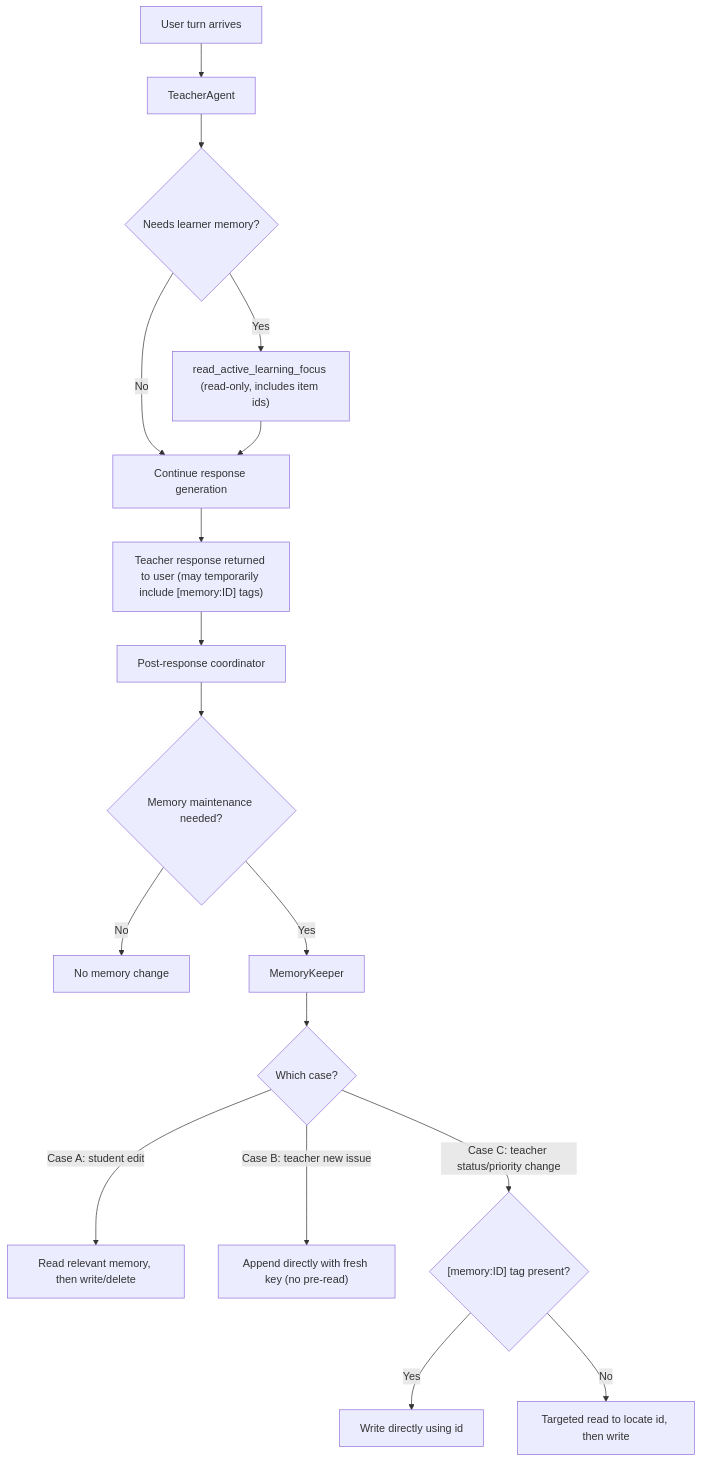
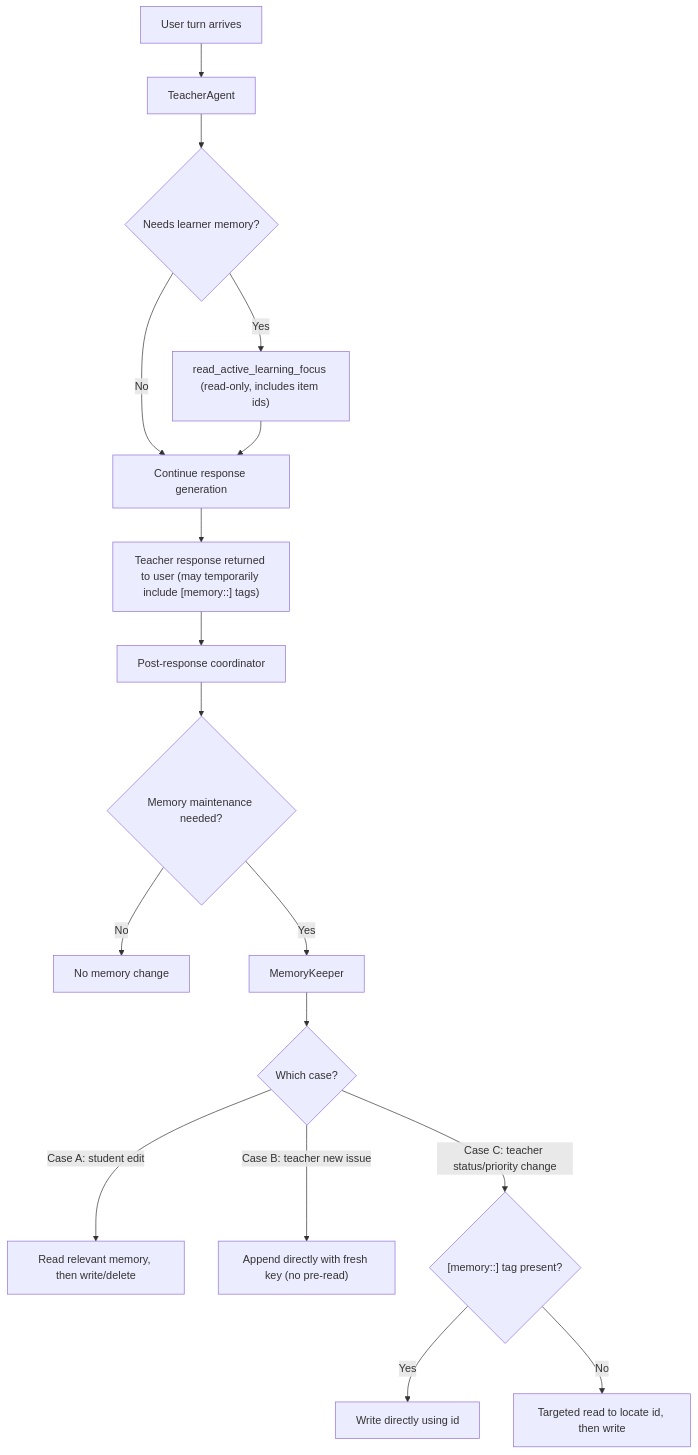
One commit to 40min/runestone changed the second of 4 diagrams in docs/agent-swarm-architecture.md. Above: the diagram before and after it, drawn with Mermaid. The commit also changed other lines of this file and 7 other files, not shown here.

````diff
--- a/docs/agent-swarm-architecture.md
+++ b/docs/agent-swarm-architecture.md
@@ -198,19 +198,19 @@
 ```mermaid
 flowchart TD
     A["User turn arrives"] --> B["TeacherAgent"]
     B --> C{"Needs learner memory?"}
     C -- No --> D["Continue response generation"]
     C -- Yes --> E["read_active_learning_focus (read-only, includes item ids)"]
     E --> D
-    D --> F["Teacher response returned to user (may temporarily include [memory:ID] tags)"]
+    D --> F["Teacher response returned to user (may temporarily include [memory:<category>:<id>] tags)"]
     F --> G["Post-response coordinator"]
     G --> H{"Memory maintenance needed?"}
     H -- No --> I["No memory change"]
     H -- Yes --> J["MemoryKeeper"]
     J --> K{"Which case?"}
     K -- "Case A: student edit" --> L["Read relevant memory, then write/delete"]
     K -- "Case B: teacher new issue" --> M["Append directly with fresh key (no pre-read)"]
-    K -- "Case C: teacher status/priority change" --> N{"[memory:ID] tag present?"}
+    K -- "Case C: teacher status/priority change" --> N{"[memory:<category>:<id>] tag present?"}
     N -- Yes --> O["Write directly using id"]
     N -- No --> P["Targeted read to locate id, then write"]
 ```
````
